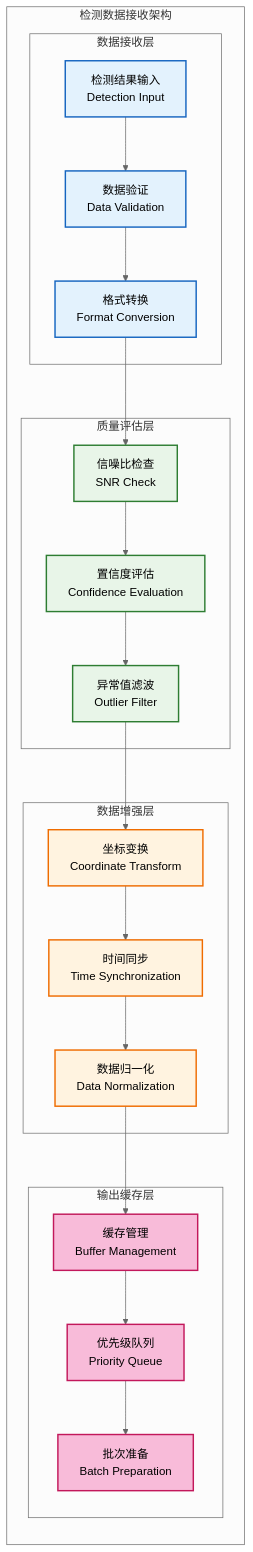
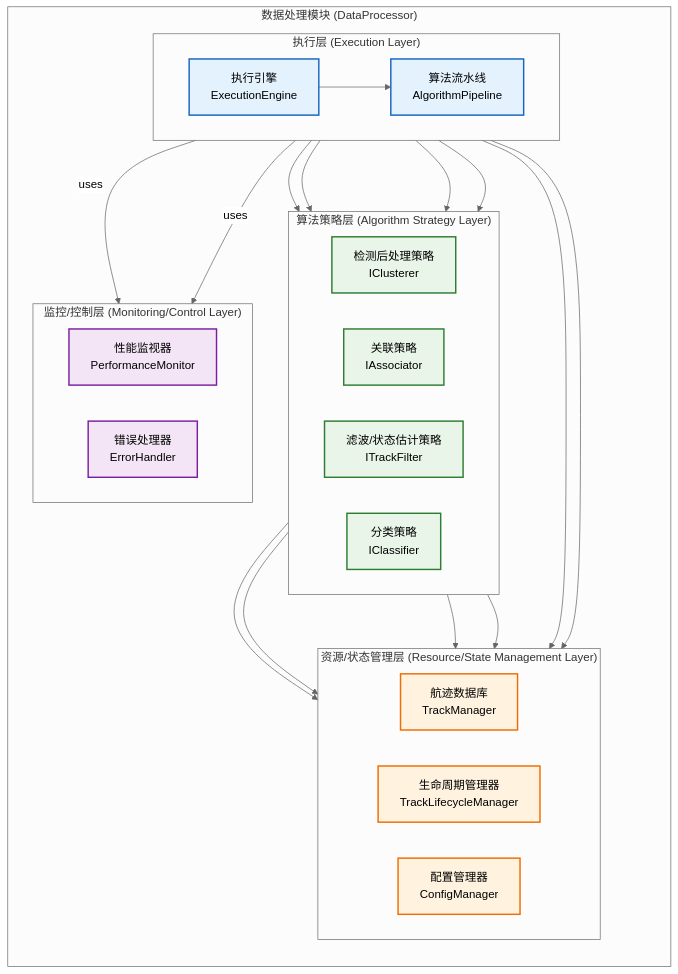
Before and after one commit to wendizhou99-cell/Radar: the second of 7 diagrams in docs/01_项目设计/02_模块设计/03_数据处理模块设计.md, drawn with Mermaid (neutral theme). The commit also changed other lines of this file and 7 other files, not shown here.

````diff
--- a/docs/01_项目设计/02_模块设计/03_数据处理模块设计.md
+++ b/docs/01_项目设计/02_模块设计/03_数据处理模块设计.md
@@ -258,56 +142,61 @@
 ```mermaid
-flowchart TB
-    subgraph "检测数据接收架构"
+graph TB
+    subgraph "数据处理模块 (DataProcessor)"
         direction TB
 
-        subgraph "数据接收层"
-            SIGNAL_INPUT[检测结果输入<br/>Detection Input]
-            DATA_VALIDATE[数据验证<br/>Data Validation]
-            FORMAT_CONVERT[格式转换<br/>Format Conversion]
+        subgraph "执行层 (Execution Layer)"
+            direction LR
+            EXEC_ENGINE[执行引擎<br/>ExecutionEngine]
+            ALGO_PIPELINE[算法流水线<br/>AlgorithmPipeline]
         end
 
-        subgraph "质量评估层"
-            SNR_CHECK[信噪比检查<br/>SNR Check]
-            CONFIDENCE_EVAL[置信度评估<br/>Confidence Evaluation]
-            OUTLIER_FILTER[异常值滤波<br/>Outlier Filter]
+        subgraph "算法策略层 (Algorithm Strategy Layer)"
+            direction LR
+            POST_PROCESS[检测后处理策略<br/>IClusterer]
+            ASSOCIATOR[关联策略<br/>IAssociator]
+            FILTER[滤波/状态估计策略<br/>ITrackFilter]
+            CLASSIFIER[分类策略<br/>IClassifier]
         end
 
-        subgraph "数据增强层"
-            COORD_TRANSFORM[坐标变换<br/>Coordinate Transform]
-            TIME_SYNC[时间同步<br/>Time Synchronization]
-            DATA_NORMALIZE[数据归一化<br/>Data Normalization]
+        subgraph "资源/状态管理层 (Resource/State Management Layer)"
+            direction LR
+            TRACK_DB[航迹数据库<br/>TrackManager]
+            LIFECYCLE_MGR[生命周期管理器<br/>TrackLifecycleManager]
+            CONFIG_MGR[配置管理器<br/>ConfigManager]
         end
 
-        subgraph "输出缓存层"
-            BUFFER_MANAGE[缓存管理<br/>Buffer Management]
-            PRIORITY_QUEUE[优先级队列<br/>Priority Queue]
-            BATCH_PREPARE[批次准备<br/>Batch Preparation]
+        subgraph "监控/控制层 (Monitoring/Control Layer)"
+            direction LR
+            PERF_MONITOR[性能监视器<br/>PerformanceMonitor]
+            ERROR_HANDLER[错误处理器<br/>ErrorHandler]
         end
 
-        %% 处理流程
-        SIGNAL_INPUT --> DATA_VALIDATE
-        DATA_VALIDATE --> FORMAT_CONVERT
-        FORMAT_CONVERT --> SNR_CHECK
+        %% 依赖关系
+        EXEC_ENGINE --> ALGO_PIPELINE
+        ALGO_PIPELINE --> POST_PROCESS
+        ALGO_PIPELINE --> ASSOCIATOR
+        ALGO_PIPELINE --> FILTER
+        ALGO_PIPELINE --> CLASSIFIER
 
-        SNR_CHECK --> CONFIDENCE_EVAL
-        CONFIDENCE_EVAL --> OUTLIER_FILTER
-        OUTLIER_FILTER --> COORD_TRANSFORM
+        EXEC_ENGINE --> TRACK_DB
+        EXEC_ENGINE --> LIFECYCLE_MGR
 
-        COORD_TRANSFORM --> TIME_SYNC
-        TIME_SYNC --> DATA_NORMALIZE
-        DATA_NORMALIZE --> BUFFER_MANAGE
+        POST_PROCESS --> CONFIG_MGR
+        ASSOCIATOR --> CONFIG_MGR
+        FILTER --> CONFIG_MGR
+        CLASSIFIER --> CONFIG_MGR
 
-        BUFFER_MANAGE --> PRIORITY_QUEUE
-        PRIORITY_QUEUE --> BATCH_PREPARE
+        EXEC_ENGINE -- "uses" --> PERF_MONITOR
+        EXEC_ENGINE -- "uses" --> ERROR_HANDLER
     end
 
-    classDef receive fill:#e3f2fd,stroke:#1565c0,stroke-width:2px
-    classDef quality fill:#e8f5e8,stroke:#2e7d32,stroke-width:2px
-    classDef enhance fill:#fff3e0,stroke:#ef6c00,stroke-width:2px
-    classDef output fill:#f8bbd9,stroke:#c2185b,stroke-width:2px
+    classDef execution fill:#e3f2fd,stroke:#1565c0,stroke-width:2px
+    classDef strategy fill:#e8f5e8,stroke:#2e7d32,stroke-width:2px
+    classDef resource fill:#fff3e0,stroke:#ef6c00,stroke-width:2px
+    classDef monitor fill:#f3e5f5,stroke:#7b1fa2,stroke-width:2px
 
-    class SIGNAL_INPUT,DATA_VALIDATE,FORMAT_CONVERT receive
-    class SNR_CHECK,CONFIDENCE_EVAL,OUTLIER_FILTER quality
-    class COORD_TRANSFORM,TIME_SYNC,DATA_NORMALIZE enhance
-    class BUFFER_MANAGE,PRIORITY_QUEUE,BATCH_PREPARE output
+    class EXEC_ENGINE,ALGO_PIPELINE execution
+    class POST_PROCESS,ASSOCIATOR,FILTER,CLASSIFIER strategy
+    class TRACK_DB,LIFECYCLE_MGR,CONFIG_MGR resource
+    class PERF_MONITOR,ERROR_HANDLER monitor
 ```
````
